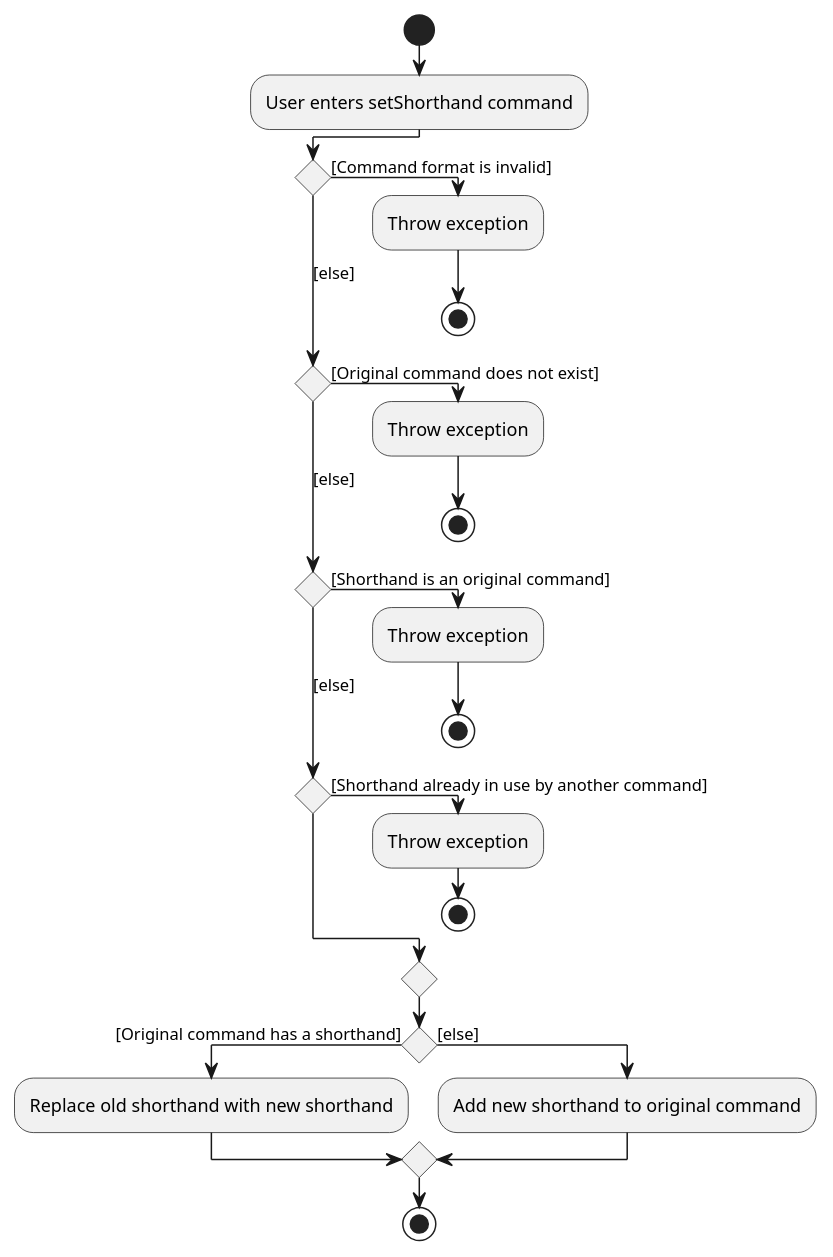
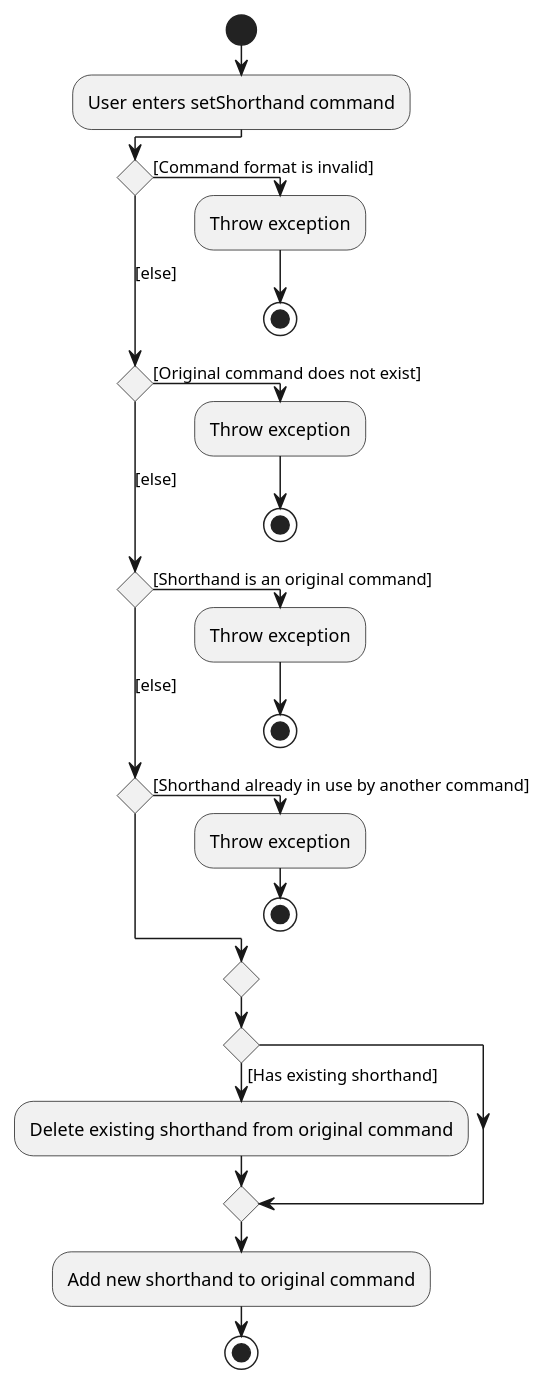
One commit to wui-hong/tp changed the diagram in docs/diagrams/SetShorthandCommandActivityDiagram.puml. Above: the diagram before and after it, drawn with PlantUML. The commit also changed 4 other files, not shown here.

Commit message:
Correct shorthand activity diagram

```diff
--- a/docs/diagrams/SetShorthandCommandActivityDiagram.puml
+++ b/docs/diagrams/SetShorthandCommandActivityDiagram.puml
@@ -1,24 +1,24 @@
 @startuml
 !pragma useVerticalIf on
 start
 :User enters setShorthand command;
 if () then ([Command format is invalid])
   :Throw exception;
   stop
 ([else]) elseif () then ([Original command does not exist])
   :Throw exception;
   stop
 ([else]) elseif () then ([Shorthand is an original command])
   :Throw exception;
   stop
 ([else]) elseif () then ([Shorthand already in use by another command])
   :Throw exception;
   stop
 endif
-if () then ([Original command has a shorthand])
-  :Replace old shorthand with new shorthand;
-else ([else])
+if () then ([Has existing shorthand])
+  :Delete existing shorthand from original command;
+else
+endif
   :Add new shorthand to original command;
-endif
 stop
 @enduml
```
